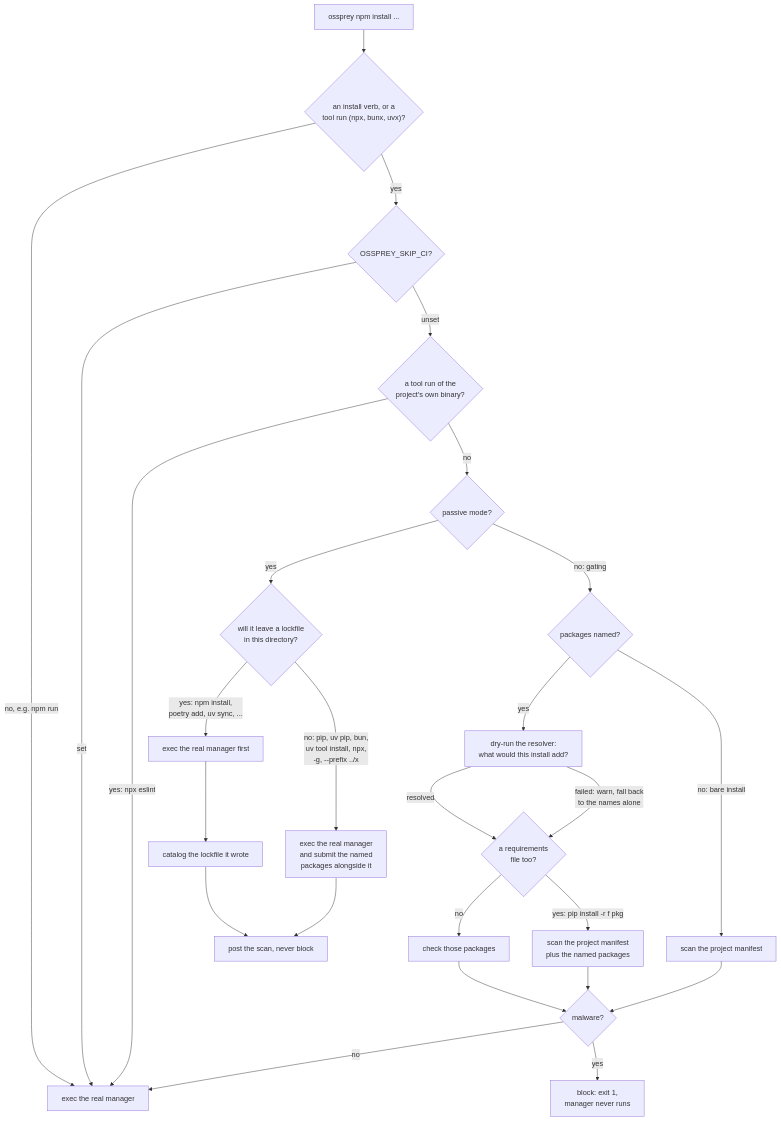
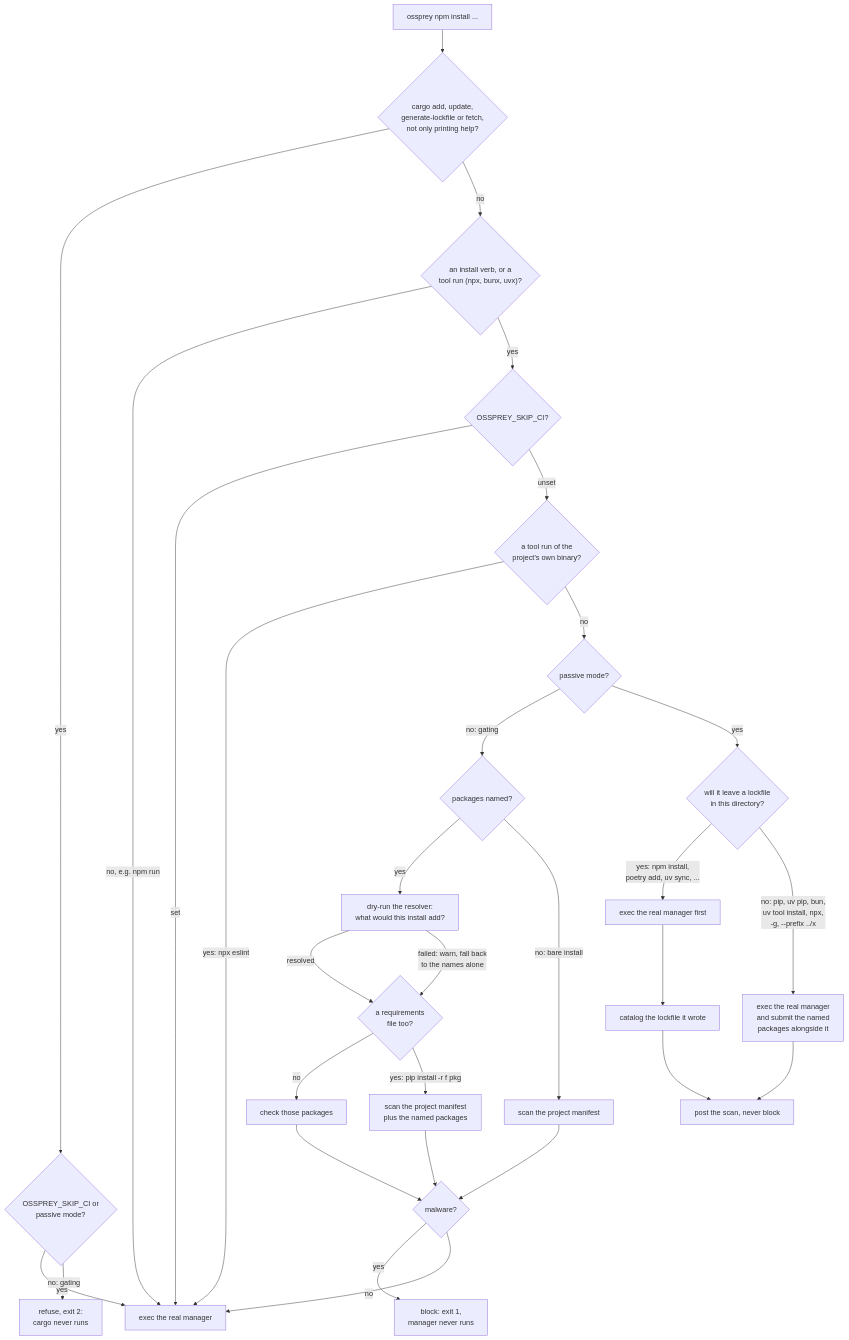
Before and after one commit to ossprey/ossprey-cli: the second of 3 diagrams in docs/architecture.md, drawn with Mermaid. The commit also changed other lines of this file and 6 other files, not shown here.

First line of the commit message:
docs: describe cargo install checks and the cargo shim (OSS-2553)

````diff
--- a/docs/architecture.md
+++ b/docs/architecture.md
@@ -49,30 +49,34 @@
 ```mermaid
 flowchart TD
-    S["ossprey npm install ..."] --> T{"an install verb, or a<br/>tool run (npx, bunx, uvx)?"}
+    S["ossprey npm install ..."] --> CA{"cargo add, update,<br/>generate-lockfile or fetch,<br/>not only printing help?"}
+    CA -- "yes" --> CV{"OSSPREY_SKIP_CI or<br/>passive mode?"}
+    CV -- "yes" --> U
+    CV -- "no: gating" --> CX["refuse, exit 2:<br/>cargo never runs"]
+    CA -- "no" --> T{"an install verb, or a<br/>tool run (npx, bunx, uvx)?"}
     T -- "no, e.g. npm run" --> U["exec the real manager"]
     T -- "yes" --> V{"OSSPREY_SKIP_CI?"}
     V -- "set" --> U
     V -- "unset" --> L{"a tool run of the<br/>project's own binary?"}
     L -- "yes: npx eslint" --> U
     L -- "no" --> W{"passive mode?"}
 
     W -- "no: gating" --> X{"packages named?"}
     X -- "yes" --> E["dry-run the resolver:<br/>what would this install add?"]
     E -- "resolved" --> R{"a requirements<br/>file too?"}
     E -- "failed: warn, fall back<br/>to the names alone" --> R
     R -- "no" --> Y["check those packages"]
     R -- "yes: pip install -r f pkg" --> RZ["scan the project manifest<br/>plus the named packages"]
     X -- "no: bare install" --> Z["scan the project manifest"]
     Y --> AA{"malware?"}
     RZ --> AA
     Z --> AA
     AA -- "yes" --> AB["block: exit 1,<br/>manager never runs"]
     AA -- "no" --> U
 
     W -- "yes" --> AC{"will it leave a lockfile<br/>in this directory?"}
     AC -- "yes: npm install,<br/>poetry add, uv sync, ..." --> AD["exec the real manager first"]
     AD --> AE["catalog the lockfile it wrote"]
     AE --> AF["post the scan, never block"]
     AC -- "no: pip, uv pip, bun,<br/>uv tool install, npx,<br/>-g, --prefix ../x" --> AG["exec the real manager<br/>and submit the named<br/>packages alongside it"]
     AG --> AF
 ```
````
